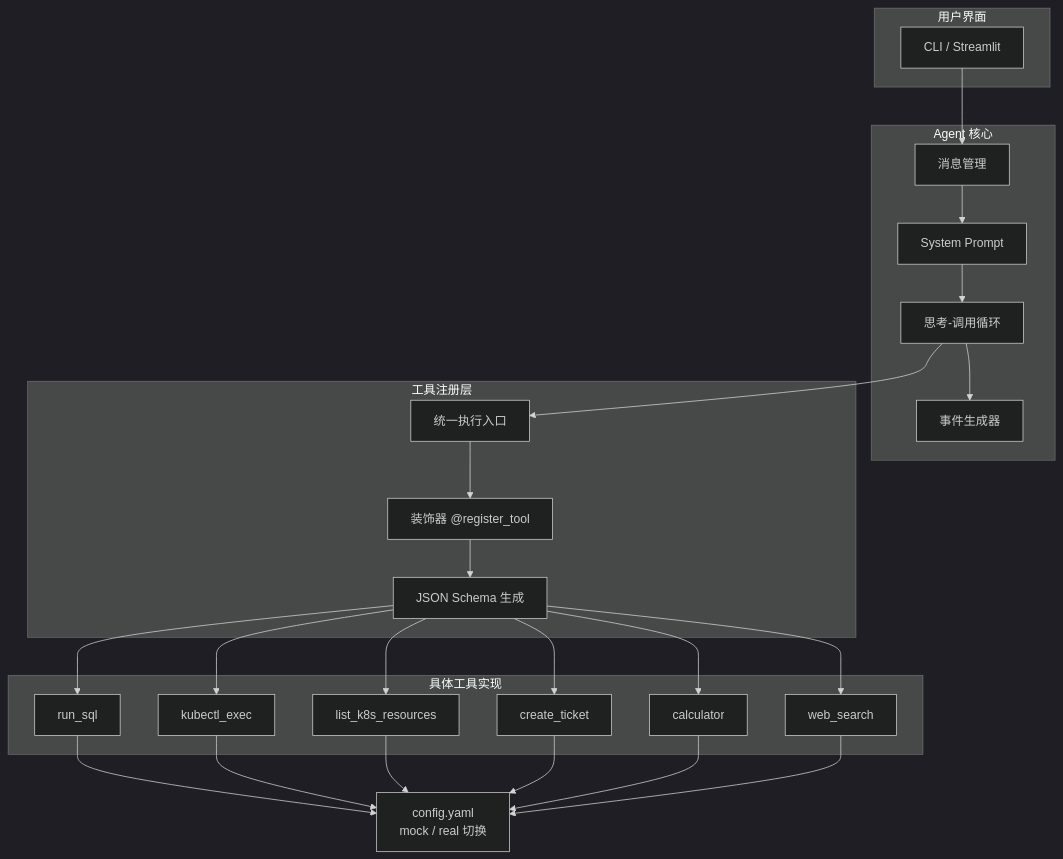
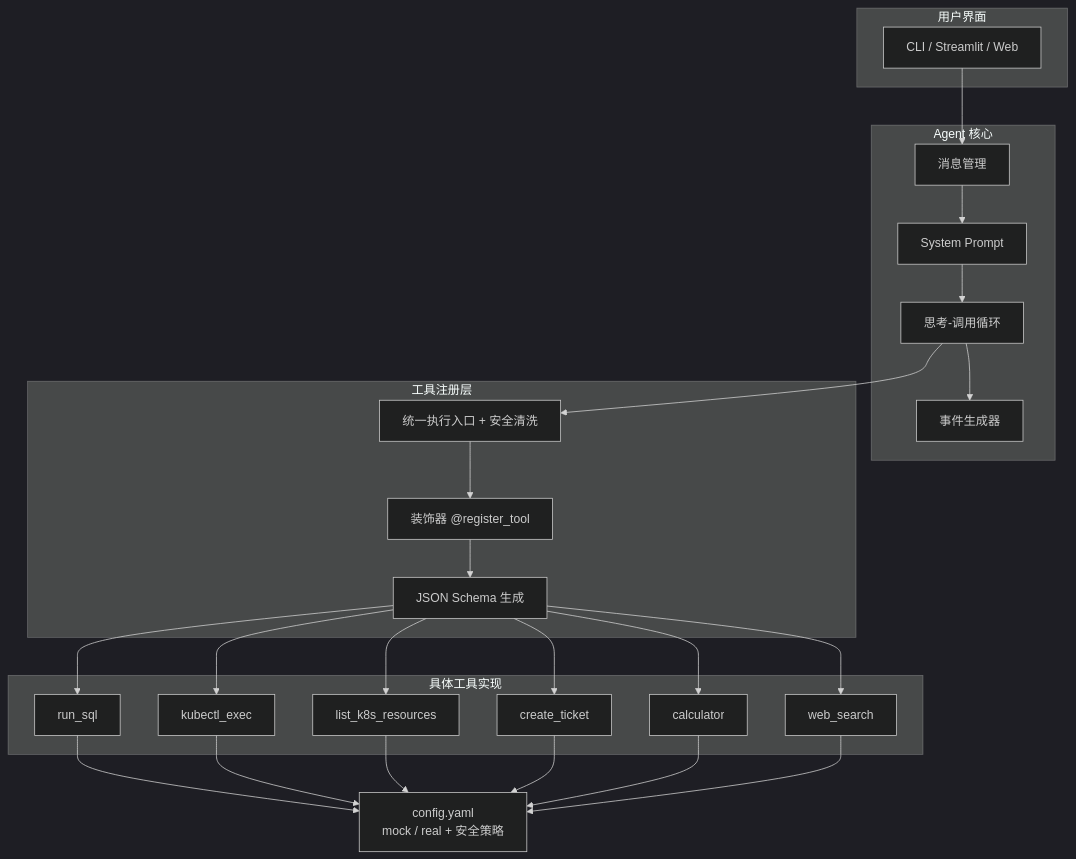
The fifth of 6 diagrams in README.md (2442511245/Fast-API-IT-Assistant), drawn with Mermaid (dark theme) before and after one commit. The commit also changed other lines of this file, not shown here.

Commit message:
docs: rewrite README with project highlights, security, testing, and updated architecture

````diff
--- a/README.md
+++ b/README.md
@@ -135,27 +170,27 @@
 ```mermaid
 graph TD
     subgraph 用户界面
-        UI[CLI / Streamlit]
+        UI[CLI / Streamlit / Web]
     end
     subgraph Agent 核心
         A[消息管理] --> B[System Prompt]
         B --> C[思考-调用循环]
         C --> D[事件生成器]
     end
     subgraph 工具注册层
         E[装饰器 @register_tool]
         F[JSON Schema 生成]
-        G[统一执行入口]
+        G[统一执行入口 + 安全清洗]
     end
     subgraph 具体工具实现
         H[run_sql]
         I[kubectl_exec]
         J[list_k8s_resources]
         K[create_ticket]
         L[calculator]
         M[web_search]
     end
     UI --> A
     C --> G --> E --> F --> H & I & J & K & L & M
-    H & I & J & K & L & M --> N[config.yaml<br/>mock / real 切换]
+    H & I & J & K & L & M --> N[config.yaml<br/>mock / real + 安全策略]
 ```
````
